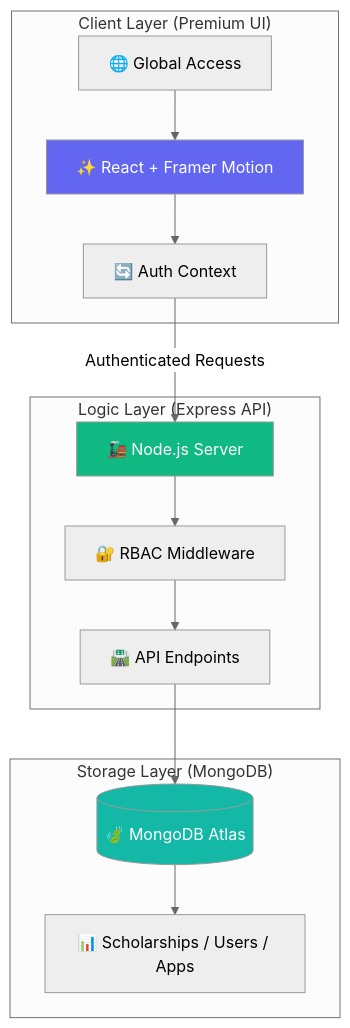
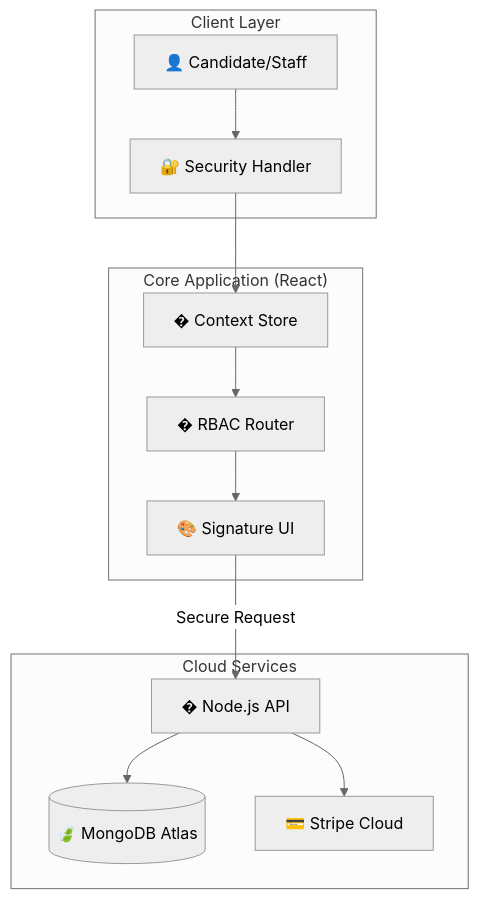
One commit to rak9b/Akademi---Scholarship-Management-System- changed the diagram in README.md. Above: the diagram before and after it, drawn with Mermaid (neutral theme). The commit also changed other lines of this file and 2517 other files, not shown here.

````diff
--- a/README.md
+++ b/README.md
@@ -151,31 +97,28 @@
 ```mermaid
 graph TB
-    subgraph "Client Layer (Premium UI)"
-        Browser["🌐 Global Access"]
-        UI["✨ React + Framer Motion"]
-        State["🔄 Auth Context"]
+    subgraph "Client Layer"
+        User["👤 Candidate/Staff"]
+        Auth["🔐 Security Handler"]
     end
 
-    subgraph "Logic Layer (Express API)"
-        Server["🚂 Node.js Server"]
-        AuthMiddleware["🔐 RBAC Middleware"]
-        API["🛣️ API Endpoints"]
+    subgraph "Core Application (React)"
+        Router["�️ RBAC Router"]
+        Store["� Context Store"]
+        UI["🎨 Signature UI"]
+        
+        User --> Auth
+        Auth --> Store
+        Store --> Router
+        Router --> UI
     end
 
-    subgraph "Storage Layer (MongoDB)"
+    subgraph "Cloud Services"
+        API["� Node.js API"]
         DB[("🍃 MongoDB Atlas")]
-        Collections["📊 Scholarships / Users / Apps"]
+        Pay["💳 Stripe Cloud"]
+        
+        UI -->|Secure Request| API
+        API --> DB
+        API --> Pay
     end
-
-    Browser --> UI
-    UI --> State
-    State -->|Authenticated Requests| Server
-    Server --> AuthMiddleware
-    AuthMiddleware --> API
-    API --> DB
-    DB --> Collections
-
-    style UI fill:#6366f1,color:#fff
-    style Server fill:#10b981,color:#fff
-    style DB fill:#14b8a6,color:#fff
 ```
````
